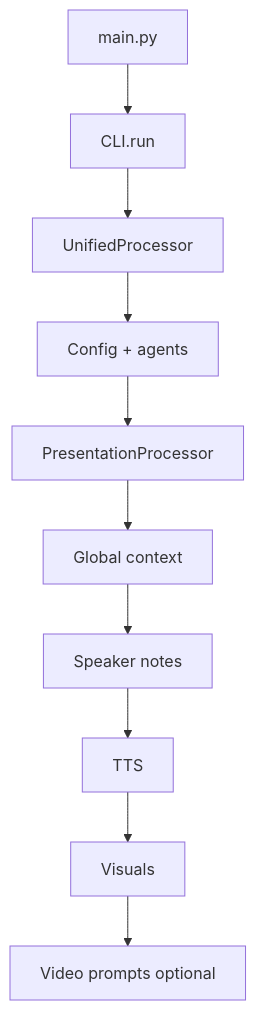
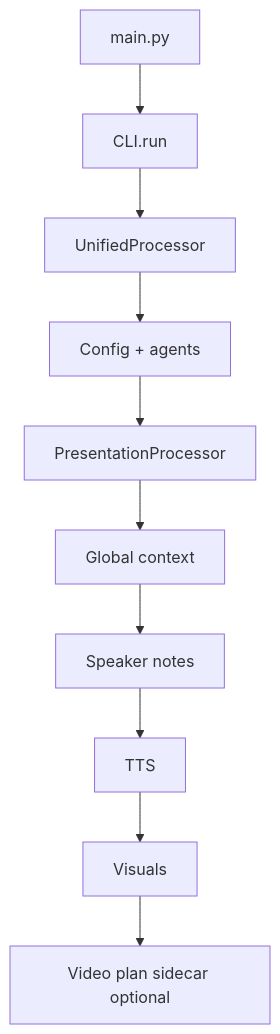
Before and after one commit to wongcyrus/gemini-powerpoint-sage: the diagram in README.md, drawn with Mermaid. The commit also changed other lines of this file and 64 other files, not shown here.

````diff
--- a/README.md
+++ b/README.md
@@ -28,12 +28,12 @@
 ```mermaid
 flowchart TD
     A[main.py] --> B[CLI.run]
     B --> C[UnifiedProcessor]
     C --> D[Config + agents]
     D --> E[PresentationProcessor]
     E --> F[Global context]
     F --> G[Speaker notes]
     G --> H[TTS]
     H --> I[Visuals]
-    I --> J[Video prompts optional]
+    I --> J[Video plan sidecar optional]
 ```
````
